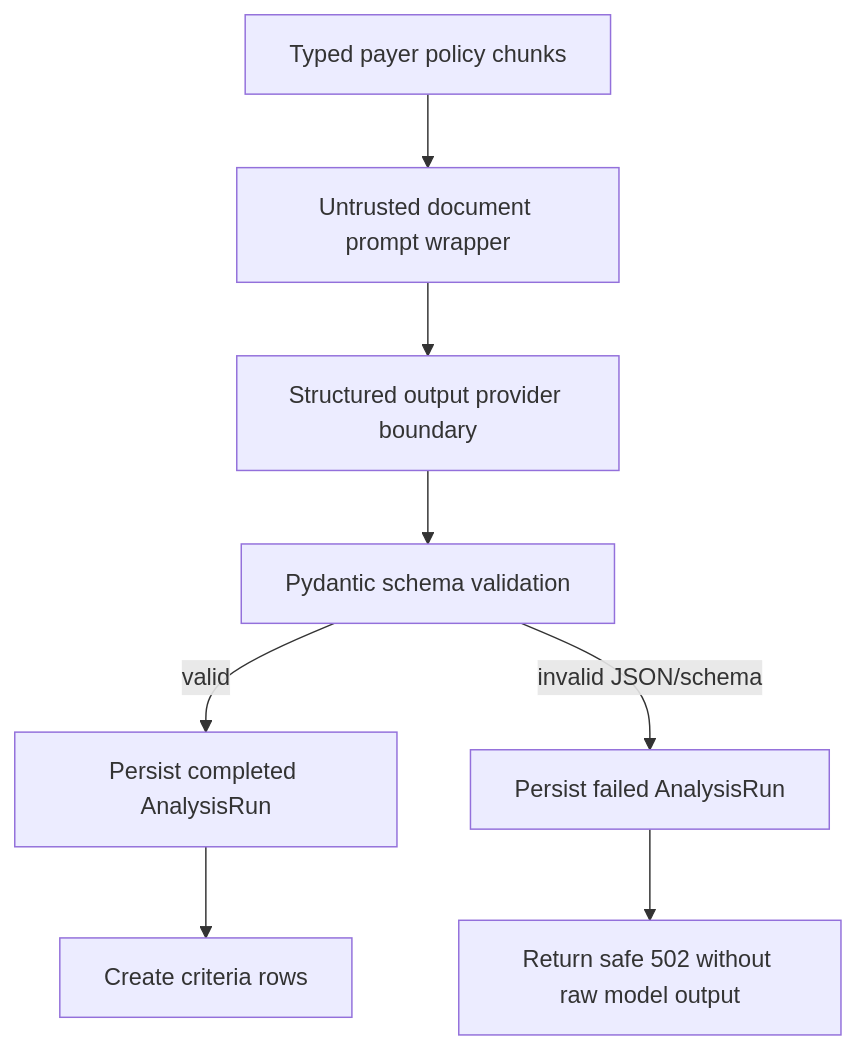
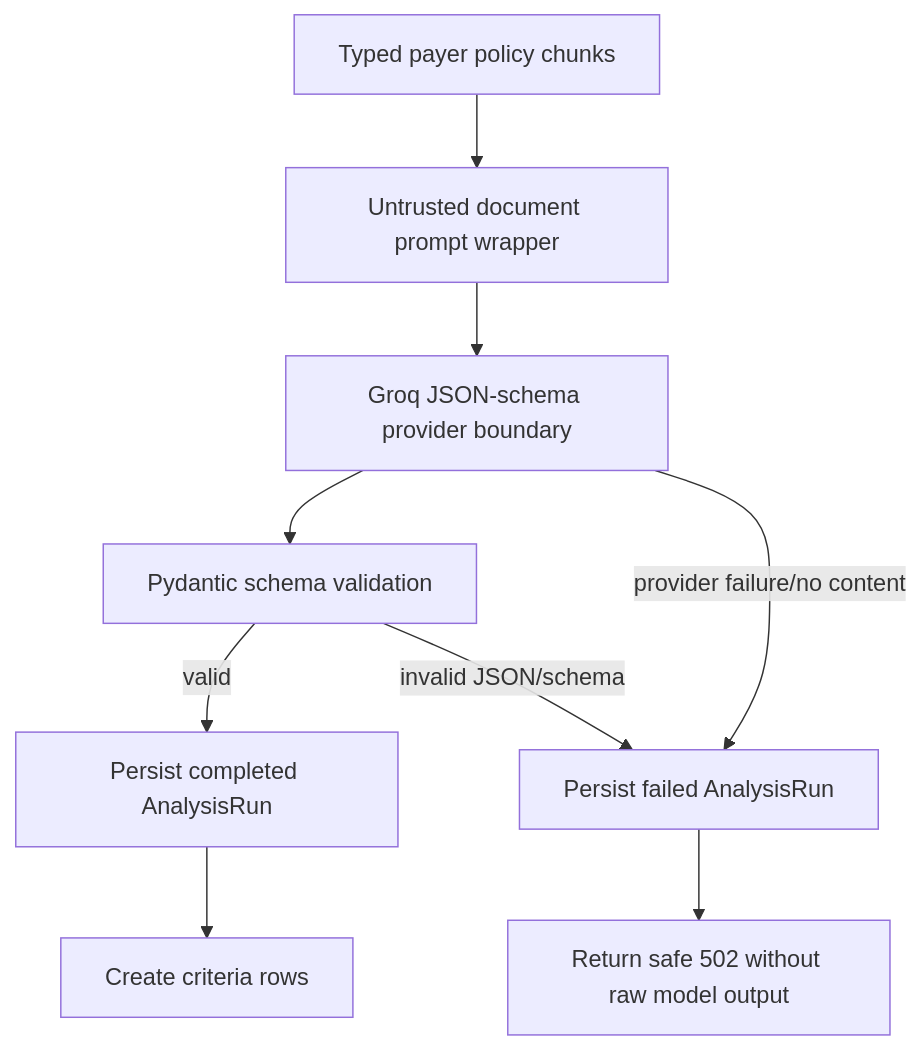
One commit to psyaj9/AuthLens changed the second of 4 diagrams in README.md. Above: the diagram before and after it, drawn with Mermaid. The commit also changed other lines of this file and 8 other files, not shown here.

Commit message:
feat: implement structured output generation with Groq integration; update README and environment variables; enhance tests for LLM gateway functionality

````diff
--- a/README.md
+++ b/README.md
@@ -79,10 +79,11 @@
 ```mermaid
 flowchart TD
   A[Typed payer policy chunks] --> B[Untrusted document prompt wrapper]
-  B --> C[Structured output provider boundary]
+  B --> C[Groq JSON-schema provider boundary]
   C --> D[Pydantic schema validation]
   D -->|valid| E[Persist completed AnalysisRun]
   E --> F[Create criteria rows]
-  D -->|invalid JSON/schema| G[Persist failed AnalysisRun]
+  C -->|provider failure/no content| G[Persist failed AnalysisRun]
+  D -->|invalid JSON/schema| G
   G --> H[Return safe 502 without raw model output]
 ```
````
